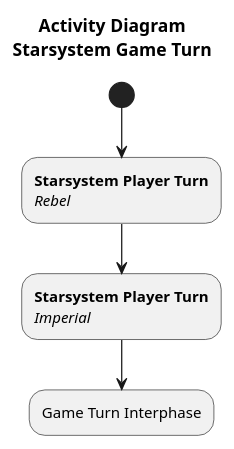
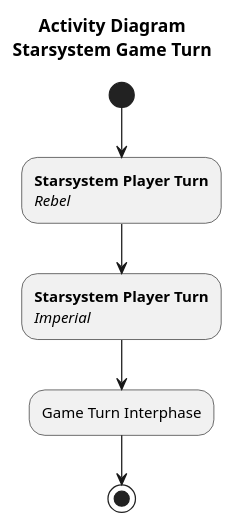
The diagram in Turn/Starsystem-Game-Turn.plantuml (ui-cs383/Activity-Diagrams), drawn with PlantUML before and after one commit. The commit also changed 5 other files, not shown here.

```diff
--- a/Turn/Starsystem-Game-Turn.plantuml
+++ b/Turn/Starsystem-Game-Turn.plantuml
@@ -1,16 +1,18 @@
 @startuml
 
 title Activity Diagram\nStarsystem Game Turn
 
 ' Starsystem Game Turn
 ' Written by Samuel Foster
 ' Parents: /Starsystem-Game
 ' Children: /Turn/Starsystem-Player-Turn
 
 (*) --> "<b>Starsystem Player Turn\n<i>Rebel" as PR
 
 PR --> "<b>Starsystem Player Turn\n<i>Imperial" as PI
 
 PI --> "Game Turn Interphase" as GI
 
+GI --> (*)
+
 @enduml
```
